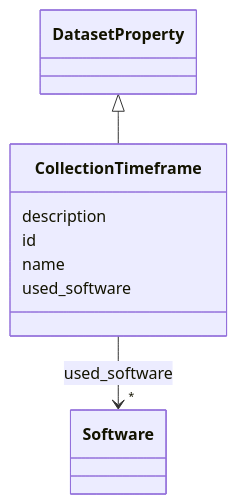
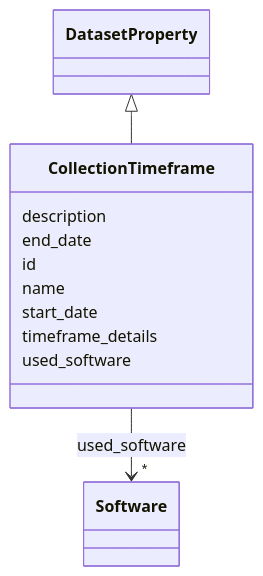
Before and after one commit to bridge2ai/data-sheets-schema: the diagram in docs/CollectionTimeframe.md, drawn with Mermaid. The commit also changed other lines of this file and 682 other files, not shown here.

````diff
--- a/docs/CollectionTimeframe.md
+++ b/docs/CollectionTimeframe.md
@@ -20,26 +20,32 @@
 ```mermaid
  classDiagram
     class CollectionTimeframe
     click CollectionTimeframe href "../CollectionTimeframe/"
       DatasetProperty <|-- CollectionTimeframe
         click DatasetProperty href "../DatasetProperty/"
       
       CollectionTimeframe : description
         
+      CollectionTimeframe : end_date
+        
       CollectionTimeframe : id
         
       CollectionTimeframe : name
+        
+      CollectionTimeframe : start_date
+        
+      CollectionTimeframe : timeframe_details
         
       CollectionTimeframe : used_software
         
           
     
         
         
         CollectionTimeframe --> "*" Software : used_software
         click Software href "../Software/"
     
 
         
       
 ```
````
